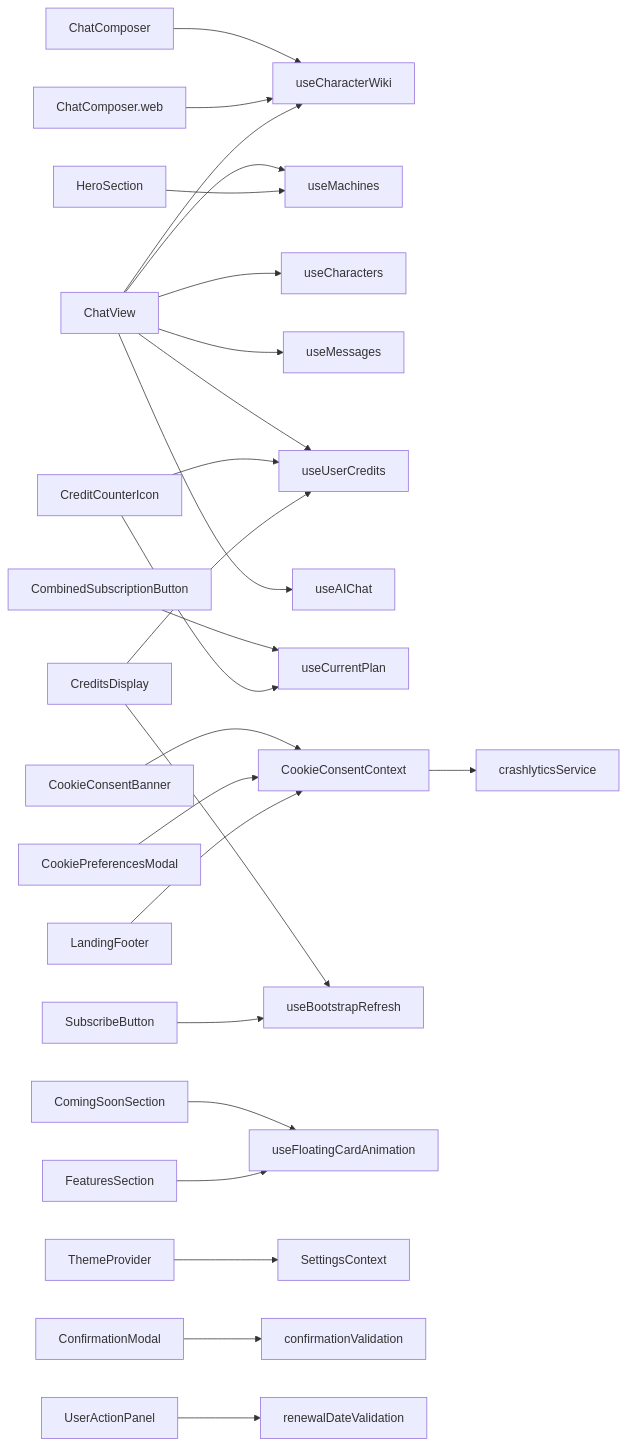
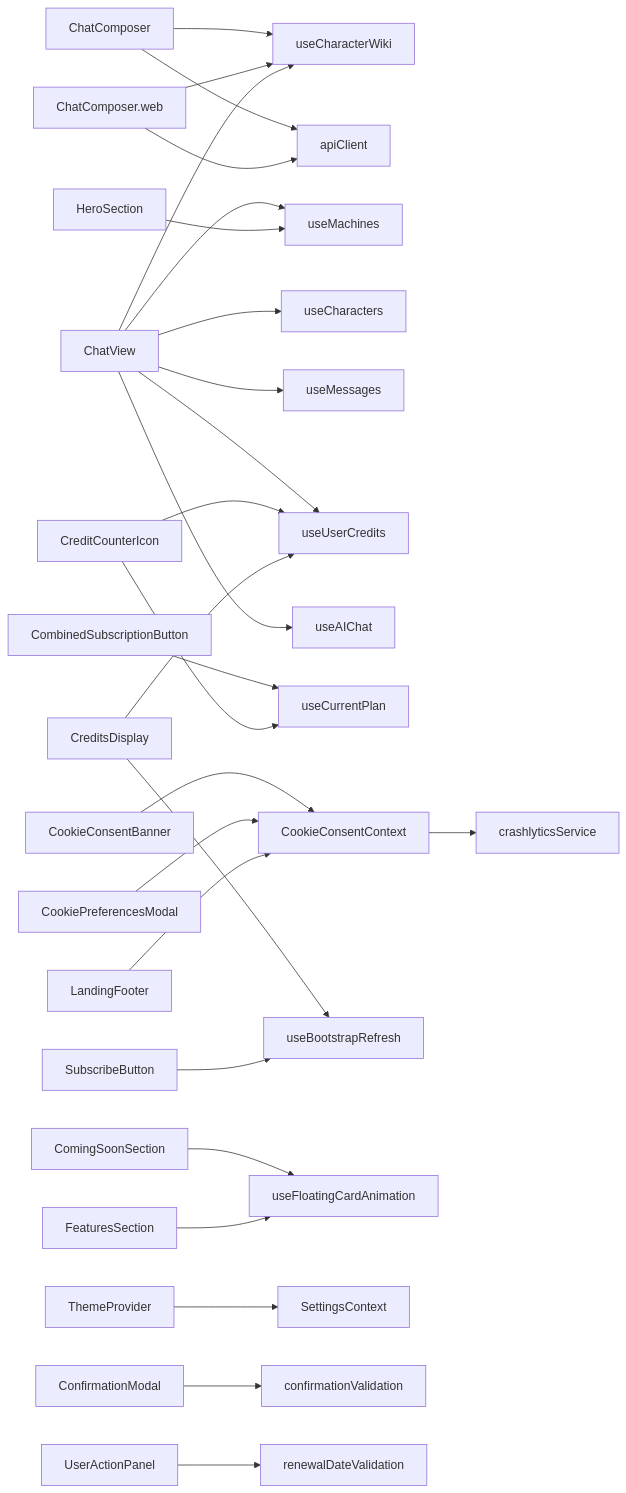
Before and after one commit to equationalapplications/clanker: the diagram in docs/flowcharts/COMPONENTS.md, drawn with Mermaid.

Commit message:
docs(charts): regenerate component flowchart after convertDocumentText wiring

````diff
--- a/docs/flowcharts/COMPONENTS.md
+++ b/docs/flowcharts/COMPONENTS.md
@@ -4,27 +4,29 @@
 ```mermaid
 graph LR
   ChatComposer --> useCharacterWiki
+  ChatComposer --> apiClient
   ChatComposer.web --> useCharacterWiki
+  ChatComposer.web --> apiClient
   ChatView --> useMachines
   ChatView --> useCharacters
   ChatView --> useMessages
   ChatView --> useUserCredits
   ChatView --> useCharacterWiki
   ChatView --> useAIChat
   CombinedSubscriptionButton --> useCurrentPlan
   CookieConsentBanner --> CookieConsentContext
   CookieConsentContext --> crashlyticsService
   CookiePreferencesModal --> CookieConsentContext
   CreditCounterIcon --> useCurrentPlan
   CreditCounterIcon --> useUserCredits
   CreditsDisplay --> useUserCredits
   CreditsDisplay --> useBootstrapRefresh
   ComingSoonSection --> useFloatingCardAnimation
   FeaturesSection --> useFloatingCardAnimation
   HeroSection --> useMachines
   LandingFooter --> CookieConsentContext
   SubscribeButton --> useBootstrapRefresh
   ThemeProvider --> SettingsContext
   ConfirmationModal --> confirmationValidation
   UserActionPanel --> renewalDateValidation
 ```
````
